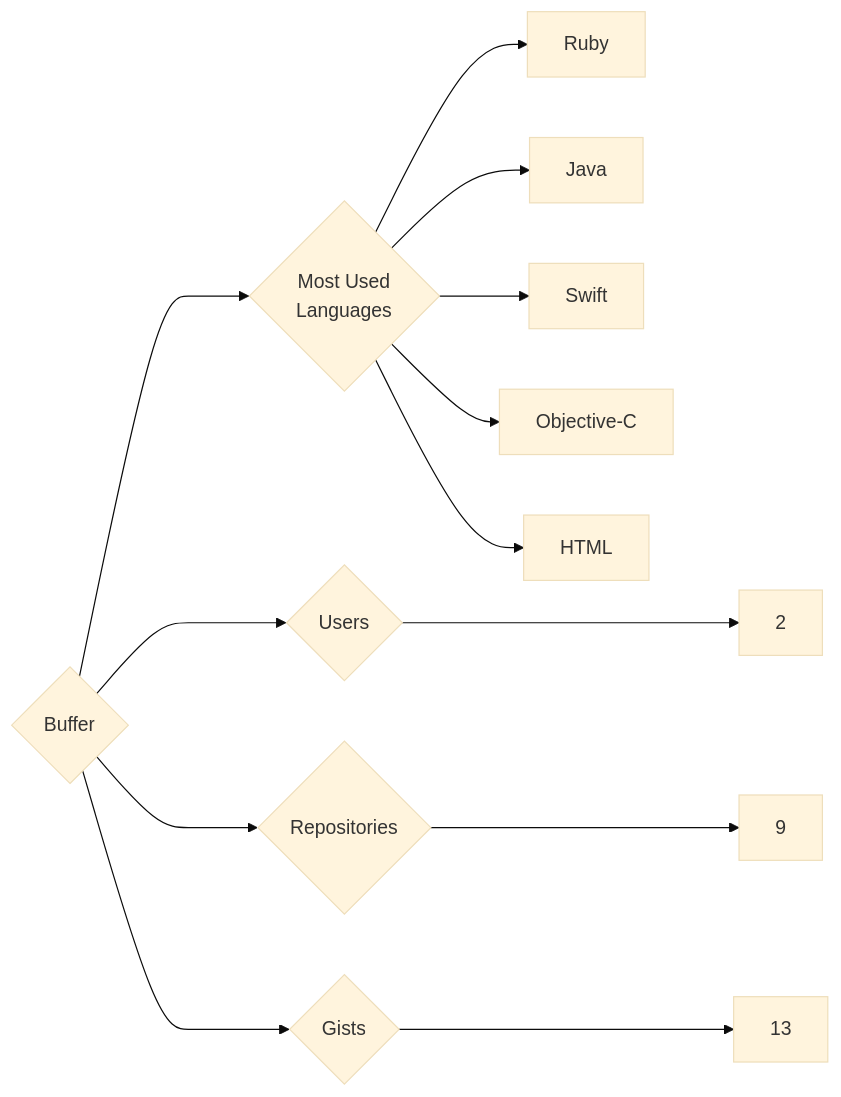
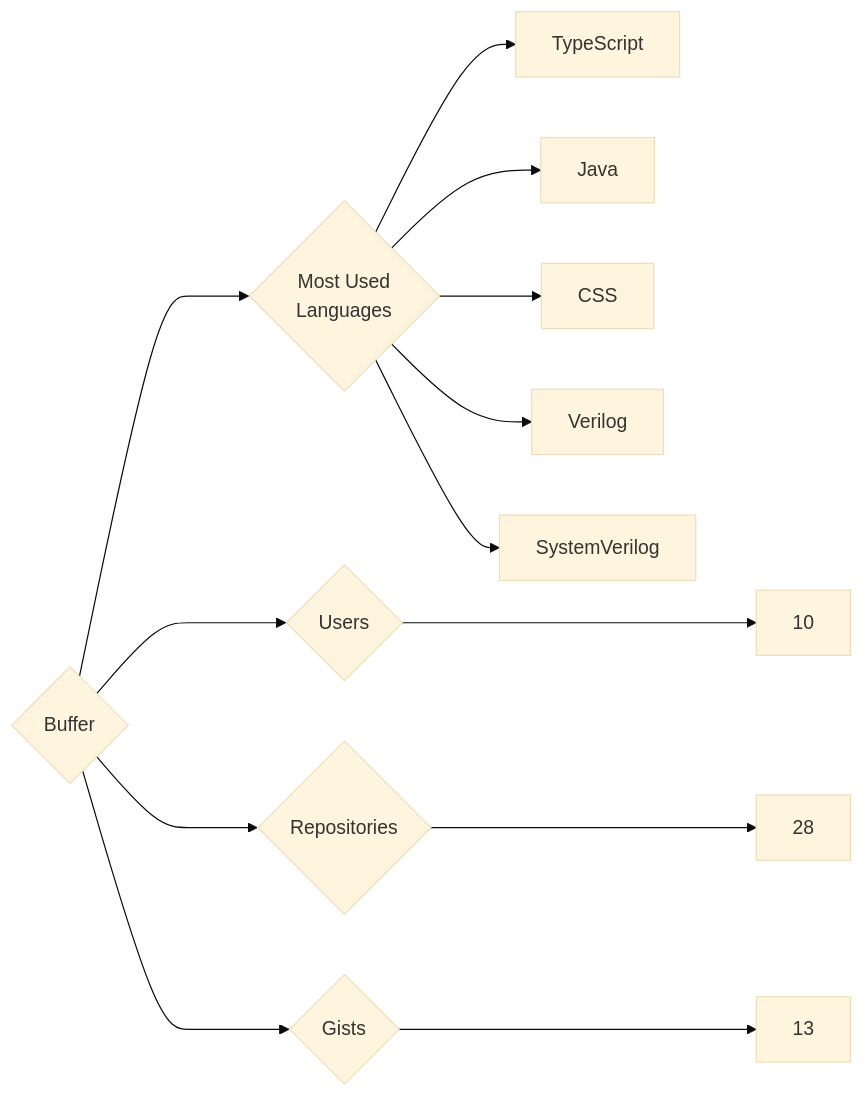
One commit to trickest/insiders changed the diagram in targets/Buffer/README.md. Above: the diagram before and after it, drawn with Mermaid (base theme). The commit also changed 1020 other files, not shown here.

````diff
--- a/targets/Buffer/README.md
+++ b/targets/Buffer/README.md
@@ -3,13 +3,13 @@
 ```mermaid
 graph LR
 COMPANY_NAME{Buffer}
-COMPANY_NAME ---> U{Users} ---> UN[2]
-COMPANY_NAME ---> R{Repositories} ---> RN[9]
+COMPANY_NAME ---> U{Users} ---> UN[10]
+COMPANY_NAME ---> R{Repositories} ---> RN[28]
 COMPANY_NAME ---> G{Gists} ---> GN[13]
 COMPANY_NAME ---> ML{Most Used<br>Languages}
-ML --> Ruby[Ruby]
+ML --> TypeScript[TypeScript]
 ML --> Java[Java]
-ML --> Swift[Swift]
-ML --> Objective-C[Objective-C]
-ML --> HTML[HTML]
+ML --> CSS[CSS]
+ML --> Verilog[Verilog]
+ML --> SystemVerilog[SystemVerilog]
 ```
````
